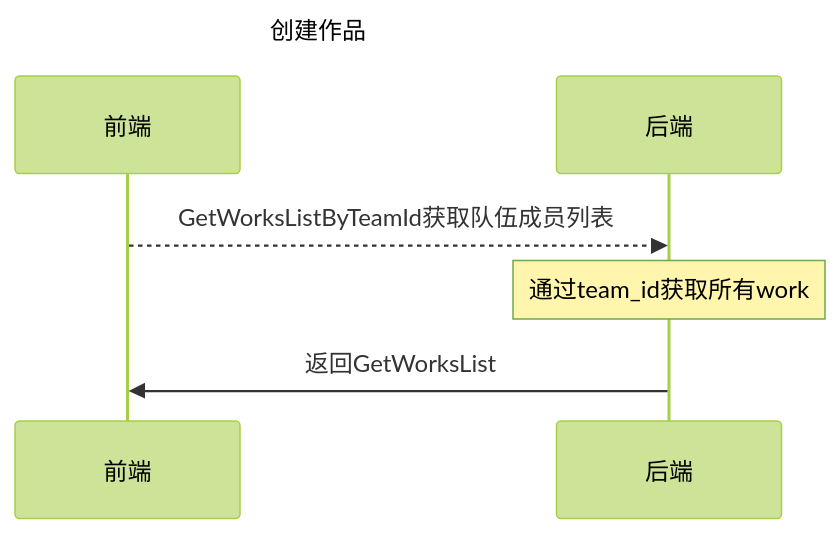
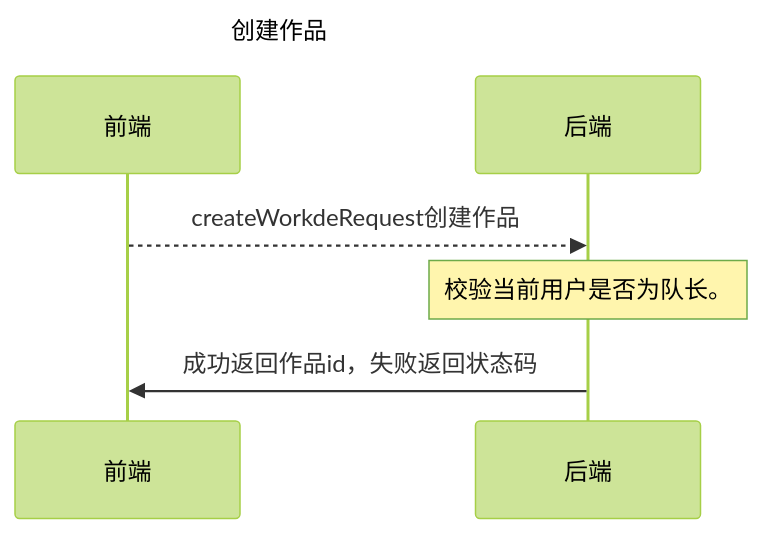
Before and after one commit to Thgamejamweb/thgamejam-proto: the eighth of 8 diagrams in api/thgamejam/works/WorksApi.md, drawn with Mermaid (forest theme). The commit also changed other lines of this file, not shown here.

````diff
--- a/api/thgamejam/works/WorksApi.md
+++ b/api/thgamejam/works/WorksApi.md
@@ -87,9 +88,9 @@
 ```mermaid
    sequenceDiagram
     title: 创建作品
     participant 前端
     participant 后端
-    前端-->>后端: GetWorksListByTeamId获取队伍成员列表
-    note over 后端: 通过team_id获取所有work
-    后端->> 前端: 返回GetWorksList
+    前端-->>后端: createWorkdeRequest创建作品
+    note over 后端: 校验当前用户是否为队长。
+    后端->> 前端: 成功返回作品id，失败返回状态码
 ```
````
